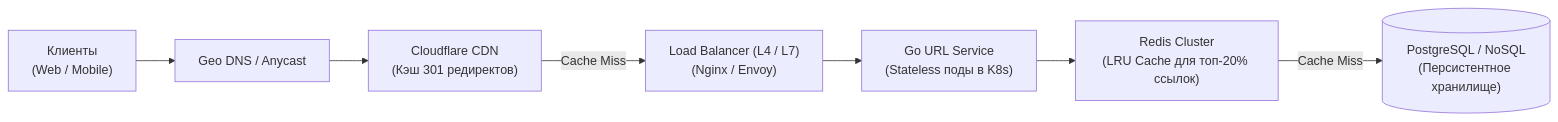
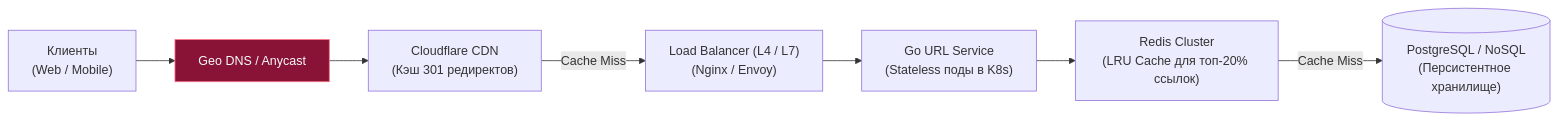
Before and after one commit to UnrealTemplier/go-textbook: the second of 3 diagrams in sources/11. Архитектура и System Design/51. System Design интервью. Как подходить к задаче.md, drawn with Mermaid. The commit also changed other lines of this file and 1666 other files, not shown here.

First line of the commit message:
feat(mermaid): add semantic color classDef to 1369 colorless flowchart/graph diagrams

````diff
--- a/sources/11. Архитектура и System Design/51. System Design интервью. Как подходить к задаче.md
+++ b/sources/11. Архитектура и System Design/51. System Design интервью. Как подходить к задаче.md
@@ -69,15 +79,25 @@
 ```mermaid
 flowchart LR
+    classDef process  fill:#1e293b,stroke:#38bdf8,stroke-width:1px,color:#f8fafc
+    classDef success  fill:#064e3b,stroke:#34d399,stroke-width:1px,color:#f8fafc
+    classDef error    fill:#7f1d1d,stroke:#f87171,stroke-width:1px,color:#f8fafc
+    classDef warning  fill:#78350f,stroke:#fbbf24,stroke-width:1px,color:#f8fafc
+    classDef entry    fill:#1e3a5f,stroke:#38bdf8,stroke-width:2px,color:#f8fafc
+    classDef aux      fill:#334155,stroke:#64748b,stroke-width:1px,color:#f8fafc
+    classDef system   fill:#312e81,stroke:#a78bfa,stroke-width:1px,color:#f8fafc
+    classDef data     fill:#132d29,stroke:#2dd4bf,stroke-width:1px,color:#f8fafc
+    classDef network  fill:#881337,stroke:#fb7185,stroke-width:1px,color:#f8fafc
+    classDef accent   fill:#1e1b4b,stroke:#818cf8,stroke-width:1px,color:#f8fafc
     Client["Клиенты<br>(Web / Mobile)"]
-    DNS["Geo DNS / Anycast"]
+    DNS["Geo DNS / Anycast"]:::network
     CDN["Cloudflare CDN<br>(Кэш 301 редиректов)"]
     LB["Load Balancer (L4 / L7)<br>(Nginx / Envoy)"]
     API["Go URL Service<br>(Stateless поды в K8s)"]
     Cache["Redis Cluster<br>(LRU Cache для топ-20% ссылок)"]
     DB[("PostgreSQL / NoSQL<br>(Персистентное хранилище)")]
 
     Client --> DNS --> CDN
     CDN -- "Cache Miss" --> LB --> API
     API --> Cache
     Cache -- "Cache Miss" --> DB
 ```
````
